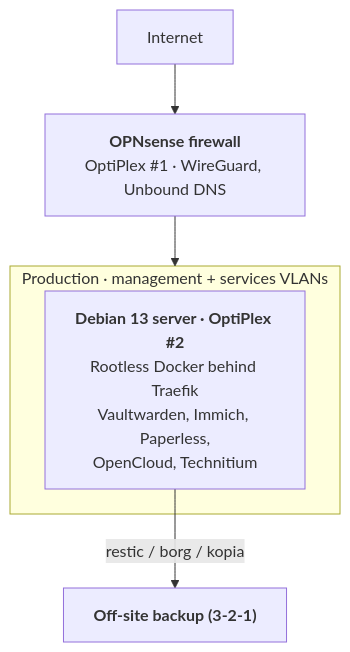
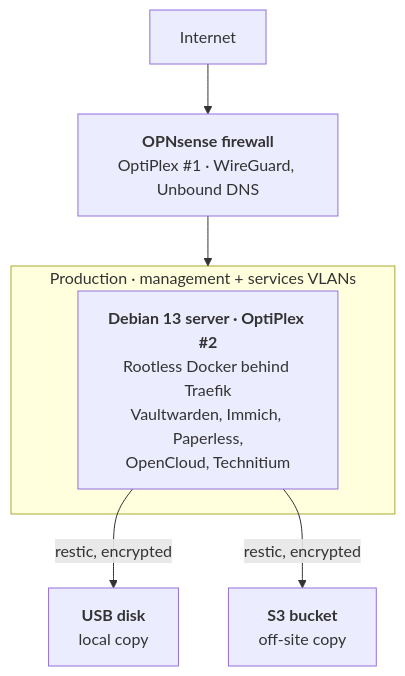
The diagram in README.md (Gu35t09/homelab-prod), drawn with Mermaid before and after one commit. The commit also changed other lines of this file, not shown here.

Commit message:
Record the backup decision: restic to a USB disk and S3

````diff
--- a/README.md
+++ b/README.md
@@ -36,15 +36,17 @@
 ```mermaid
 flowchart TD
     internet["Internet"]
     fw["<b>OPNsense firewall</b><br/>OptiPlex #1 · WireGuard, Unbound DNS"]
 
     subgraph prod["Production · management + services VLANs"]
         srv["<b>Debian 13 server · OptiPlex #2</b><br/>Rootless Docker behind Traefik<br/>Vaultwarden, Immich, Paperless,<br/>OpenCloud, Technitium"]
     end
 
-    backup["<b>Off-site backup (3-2-1)</b>"]
+    usb["<b>USB disk</b><br/>local copy"]
+    backup["<b>S3 bucket</b><br/>off-site copy"]
 
     internet --> fw
     fw --> prod
-    srv -- "restic / borg / kopia" --> backup
+    srv -- "restic, encrypted" --> usb
+    srv -- "restic, encrypted" --> backup
 ```
````
